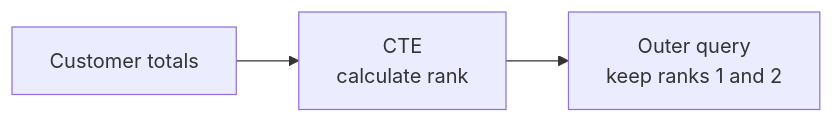
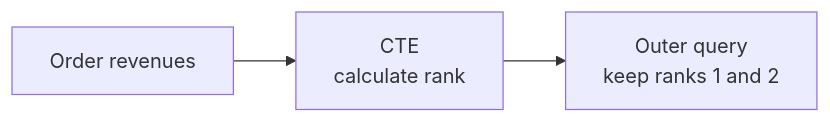
The fourth of 4 diagrams in docs/gitbook/labs/01-window-functions.md (OrPerets/postgres-data-engineering-student), drawn with Mermaid before and after one commit. The commit also changed other lines of this file and 12 other files, not shown here.

Commit message:
Improve SQL learning flow and browser practice

````diff
--- a/docs/gitbook/labs/01-window-functions.md
+++ b/docs/gitbook/labs/01-window-functions.md
@@ -420,4 +421,4 @@
 ```mermaid
 flowchart LR
-    A["Customer totals"] --> B["CTE<br/>calculate rank"] --> C["Outer query<br/>keep ranks 1 and 2"]
+    A["Order revenues"] --> B["CTE<br/>calculate rank"] --> C["Outer query<br/>keep ranks 1 and 2"]
 ```
````
